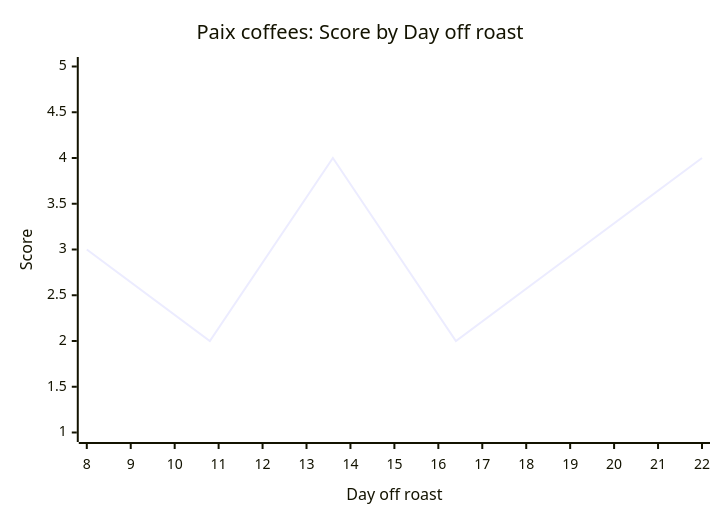
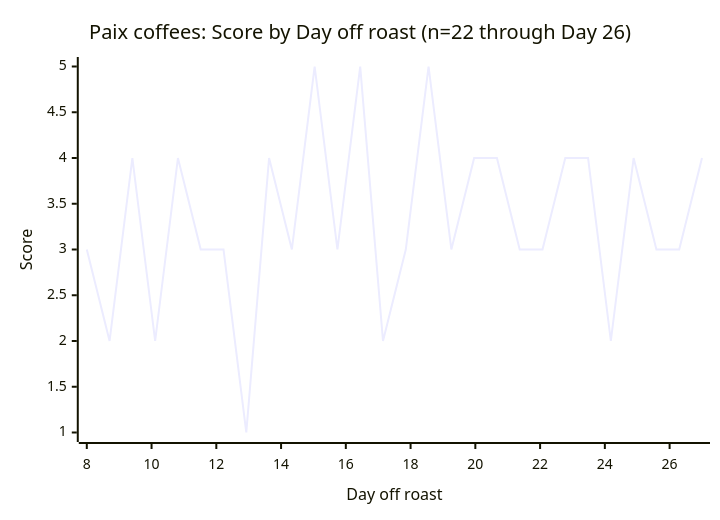
The fifth of 7 diagrams in joshua-martin/profile.md (manuscriptmastr/coffee-journal), drawn with Mermaid before and after one commit. The commit also changed other lines of this file, not shown here.

First line of the commit message:
Update Paix profile with first Score-5 anchors and closing-increment lesson

````diff
--- a/joshua-martin/profile.md
+++ b/joshua-martin/profile.md
@@ -319,7 +355,7 @@
 ```mermaid
 xychart-beta
-    title "Paix coffees: Score by Day off roast"
-    x-axis "Day off roast" 8 --> 22
+    title "Paix coffees: Score by Day off roast (n=22 through Day 26)"
+    x-axis "Day off roast" 8 --> 27
     y-axis "Score" 1 --> 5
-    line [3, 2, 4, 2, 3, 4]
+    line [3, 2, 4, 2, 4, 3, 3, 1, 4, 3, 5, 3, 5, 2, 3, 5, 3, 4, 4, 3, 3, 4, 4, 2, 4, 3, 3, 4]
 ```
````
